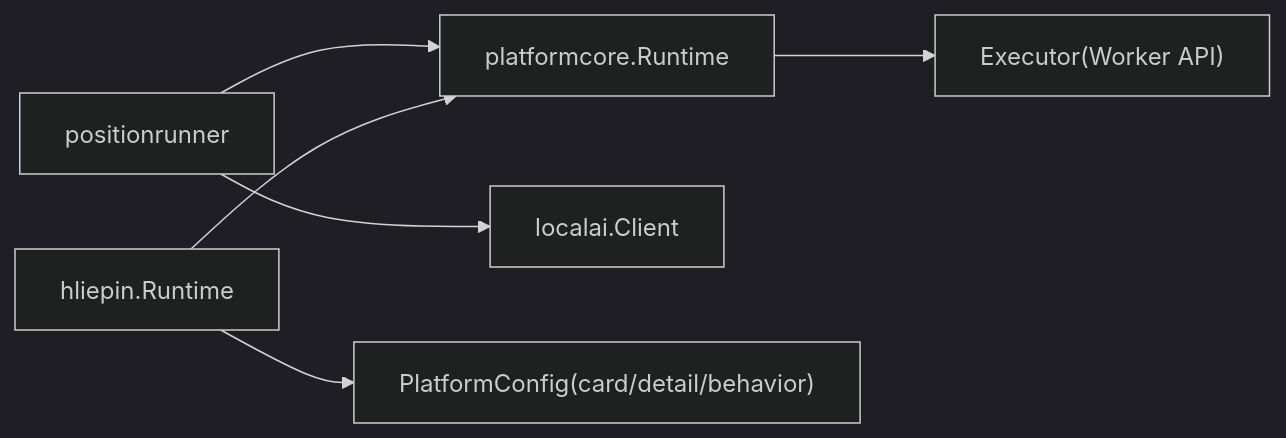
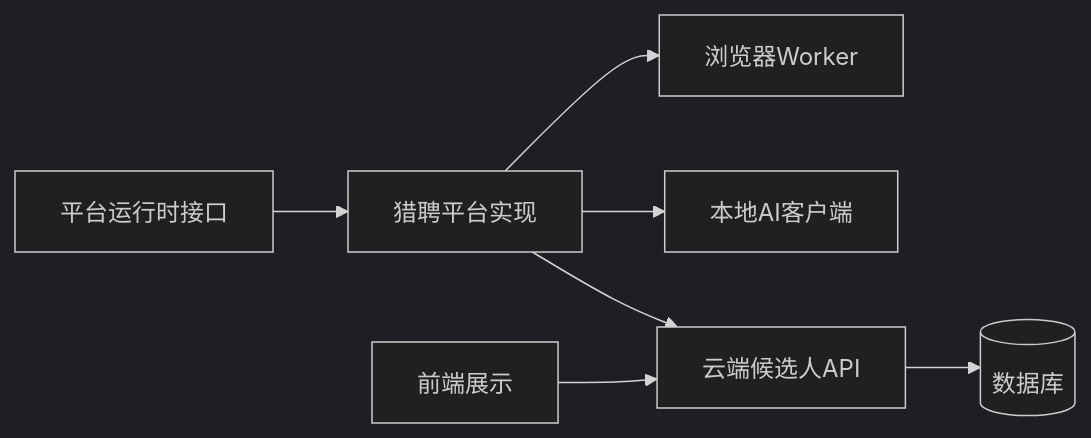
One commit to alvinwangzi/goodhr changed the seventh of 7 diagrams in .qoder/repowiki/zh/content/本地执行器/平台适配器/猎聘适配器/候选人处理.md. Above: the diagram before and after it, drawn with Mermaid (dark theme). The commit also changed other lines of this file and 149 other files, not shown here.

````diff
--- a/.qoder/repowiki/zh/content/本地执行器/平台适配器/猎聘适配器/候选人处理.md
+++ b/.qoder/repowiki/zh/content/本地执行器/平台适配器/猎聘适配器/候选人处理.md
@@ -306,8 +306,9 @@
 ```mermaid
 graph LR
-PR["positionrunner"] --> PC["platformcore.Runtime"]
-PR --> AI["localai.Client"]
-PC --> EXE["Executor(Worker API)"]
-HLP["hliepin.Runtime"] --> PC
-HLP --> CFG["PlatformConfig(card/detail/behavior)"]
+Runtime["平台运行时接口"] --> HLP["猎聘平台实现"]
+HLP --> Worker["浏览器Worker"]
+HLP --> AI["本地AI客户端"]
+HLP --> API["云端候选人API"]
+API --> DB[("数据库")]
+FE["前端展示"] --> API
 ```
````
